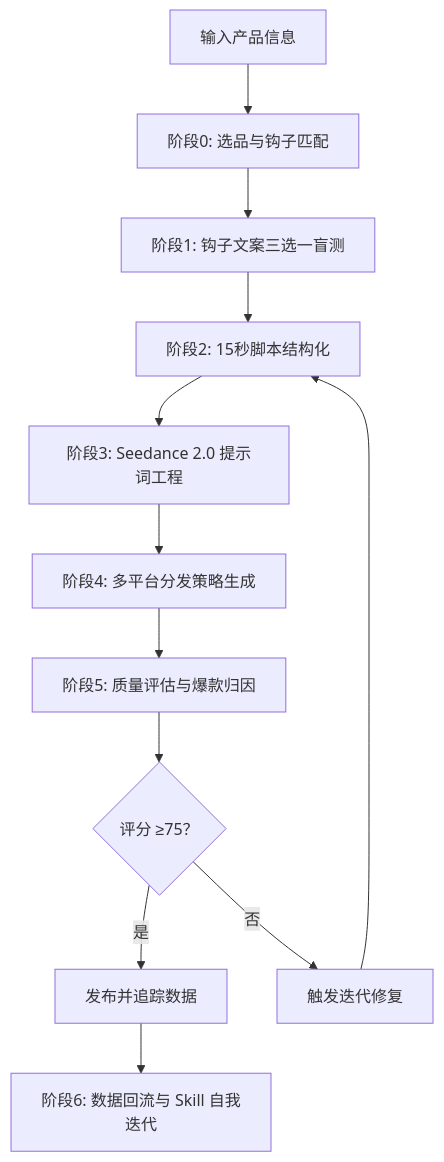
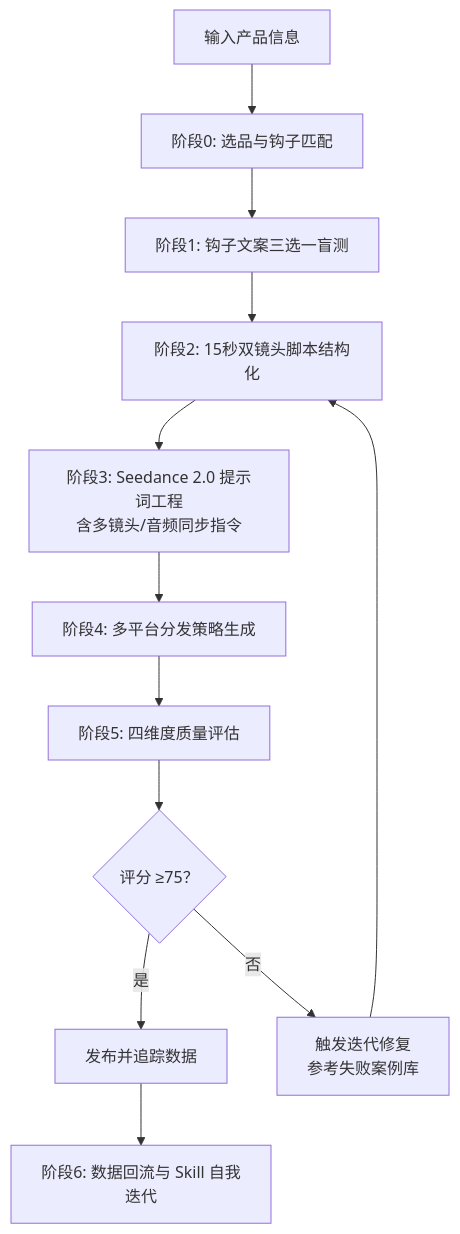
Before and after one commit to qq547820639/tiktok-ad-video-skill: the diagram in README.md, drawn with Mermaid. The commit also changed other lines of this file, not shown here.

````diff
--- a/README.md
+++ b/README.md
@@ -63,14 +66,14 @@
 ```mermaid
 graph TD
     A[输入产品信息] --> B[阶段0: 选品与钩子匹配]
     B --> C[阶段1: 钩子文案三选一盲测]
-    C --> D[阶段2: 15秒脚本结构化]
-    D --> E[阶段3: Seedance 2.0 提示词工程]
+    C --> D[阶段2: 15秒双镜头脚本结构化]
+    D --> E[阶段3: Seedance 2.0 提示词工程<br/>含多镜头/音频同步指令]
     E --> F[阶段4: 多平台分发策略生成]
-    F --> G[阶段5: 质量评估与爆款归因]
+    F --> G[阶段5: 四维度质量评估]
     G --> H{评分 ≥75？}
     H -->|是| I[发布并追踪数据]
-    H -->|否| J[触发迭代修复]
+    H -->|否| J[触发迭代修复<br/>参考失败案例库]
     I --> K[阶段6: 数据回流与 Skill 自我迭代]
     J --> D
 ```
````
